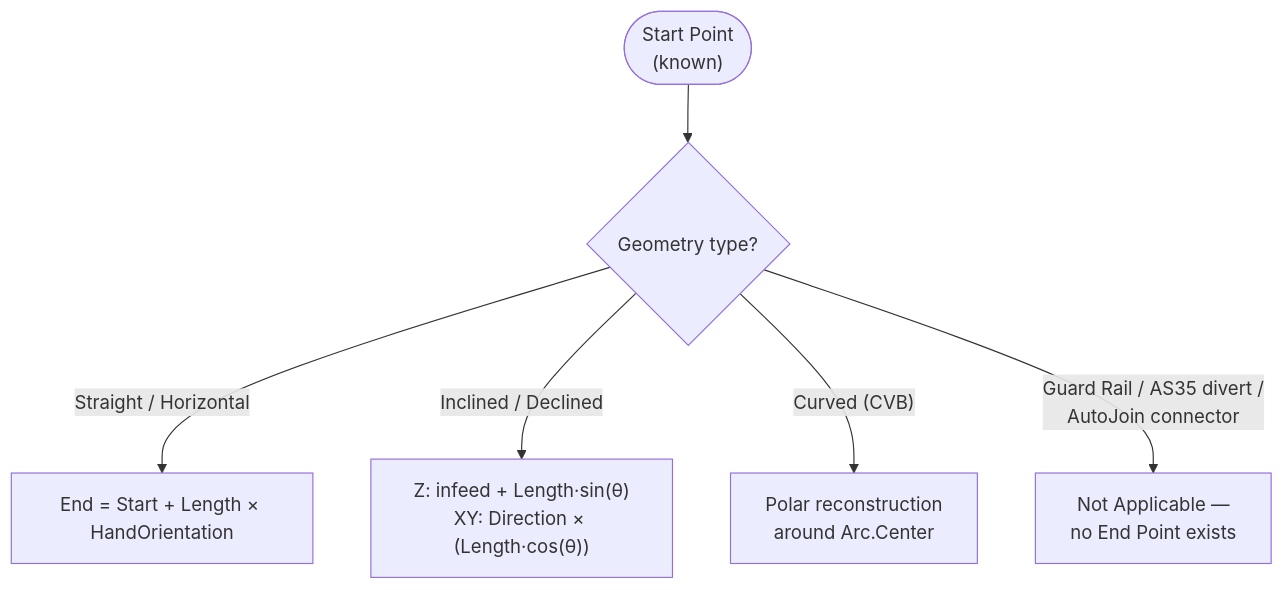
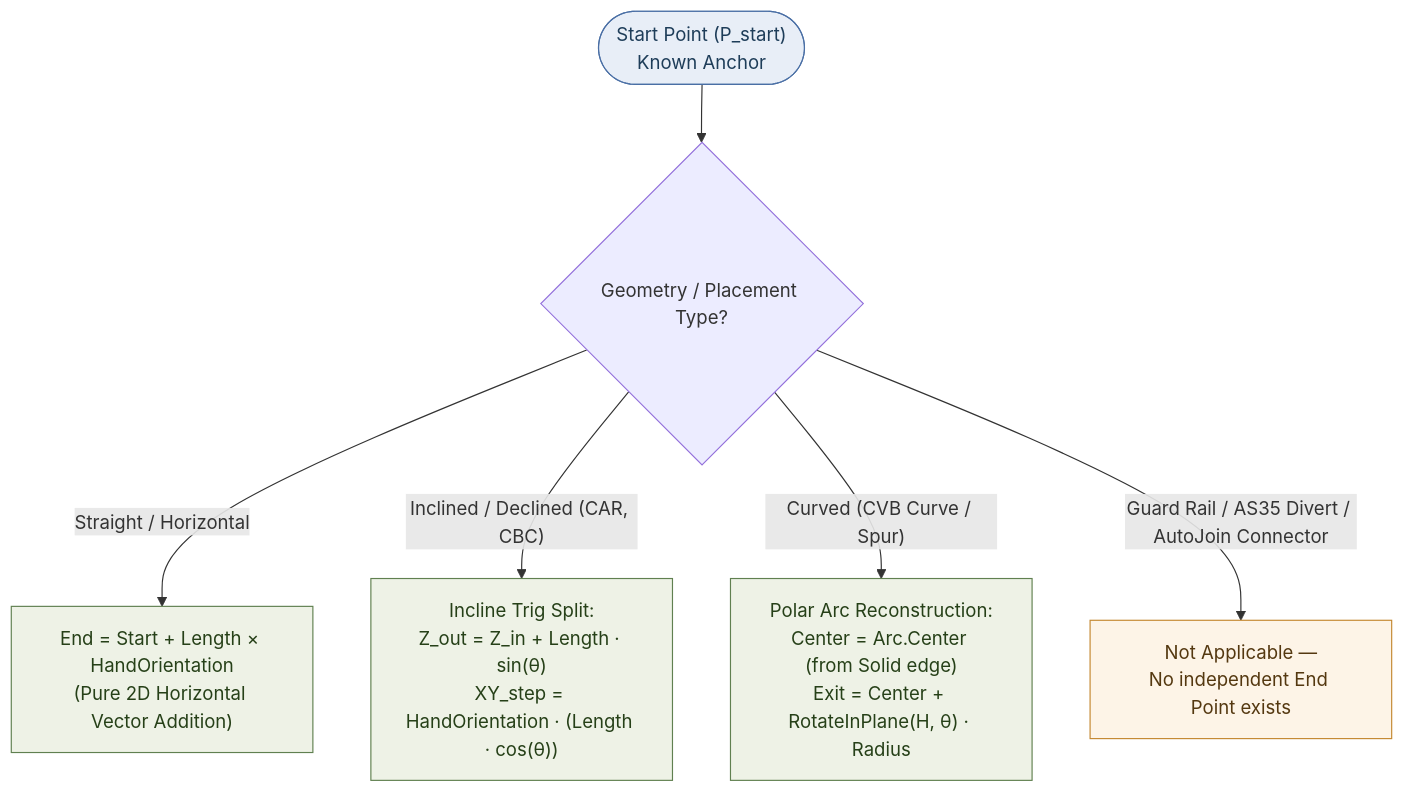
The seventh of 20 diagrams in RevitApiSamples/Samples/TransformModule/ProjectCases/Conveyor/ConveyorFamilyGeometry.md (Mustafa-TOMMY/CommandSamplesRevitApiVer2025), drawn with Mermaid before and after one commit. The commit also changed other lines of this file, not shown here.

Commit message:
docs(transform): add comprehensive diagram suite to ConveyorFamilyGeometry.md

````diff
--- a/RevitApiSamples/Samples/TransformModule/ProjectCases/Conveyor/ConveyorFamilyGeometry.md
+++ b/RevitApiSamples/Samples/TransformModule/ProjectCases/Conveyor/ConveyorFamilyGeometry.md
@@ -170,8 +282,19 @@
 ```mermaid
 flowchart TD
-    Start(["Start Point<br/>(known)"]) --> Type{"Geometry type?"}
-    Type -->|"Straight / Horizontal"| F1["End = Start + Length × HandOrientation"]
-    Type -->|"Inclined / Declined"| F2["Z: infeed + Length·sin(θ)<br/>XY: Direction × (Length·cos(θ))"]
-    Type -->|"Curved (CVB)"| F3["Polar reconstruction<br/>around Arc.Center"]
-    Type -->|"Guard Rail / AS35 divert /<br/>AutoJoin connector"| F4["Not Applicable —<br/>no End Point exists"]
+    Start(["Start Point (P_start)<br/>Known Anchor"]) --> Type{"Geometry / Placement Type?"}
+
+    Type -->|"Straight / Horizontal"| F1["End = Start + Length × HandOrientation<br/>(Pure 2D Horizontal Vector Addition)"]
+    
+    Type -->|"Inclined / Declined (CAR, CBC)"| F2["Incline Trig Split:<br/>Z_out = Z_in + Length · sin(θ)<br/>XY_step = HandOrientation · (Length · cos(θ))"]
+    
+    Type -->|"Curved (CVB Curve / Spur)"| F3["Polar Arc Reconstruction:<br/>Center = Arc.Center (from Solid edge)<br/>Exit = Center + RotateInPlane(H, θ) · Radius"]
+    
+    Type -->|"Guard Rail / AS35 Divert / AutoJoin Connector"| F4["Not Applicable —<br/>No independent End Point exists"]
+
+    classDef start fill:#e8eef7,stroke:#4a6fa5,color:#1e3d59;
+    classDef formula fill:#eef2e6,stroke:#608050,color:#264018;
+    classDef na fill:#fdf4e7,stroke:#c48830,color:#543810;
+    class Start start
+    class F1,F2,F3 formula
+    class F4 na
 ```
````
